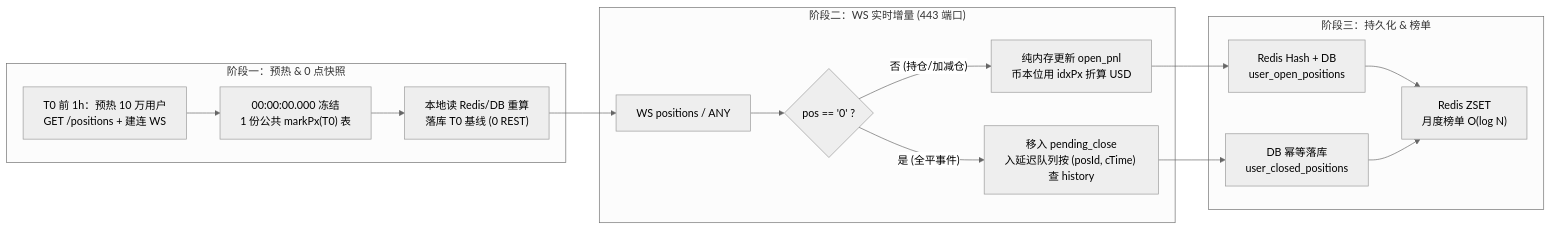
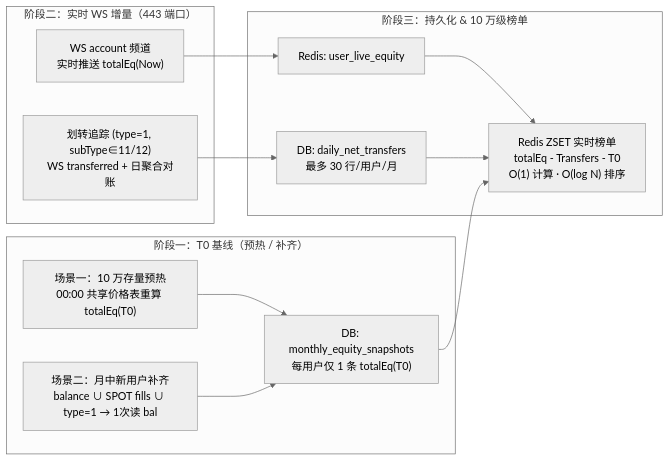
The diagram in REPORT.md (sydowma/okx-pnl-verifier), drawn with Mermaid (neutral theme) before and after one commit. The commit also changed other lines of this file and 1 other file, not shown here.

Commit message:
docs: promote Spot+Derivatives totalEq+WS account as sole primary architecture and collapse positions-only method into appendix

````diff
--- a/REPORT.md
+++ b/REPORT.md
@@ -152,25 +51,27 @@
 ```mermaid
 flowchart LR
-    subgraph S1["阶段一：预热 & 0 点快照"]
-        A["T0 前 1h：预热 10 万用户<br/>GET /positions + 建连 WS"] --> B["00:00:00.000 冻结<br/>1 份公共 markPx(T0) 表"]
-        B --> C["本地读 Redis/DB 重算<br/>落库 T0 基线 (0 REST)"]
+    subgraph S1["阶段一：T0 基线（预热 / 补齐）"]
+        A["场景一：10 万存量预热<br/>00:00 共享价格表重算 totalEq(T0)"]
+        B["场景二：月中新用户补齐<br/>balance ∪ SPOT fills ∪ type=1 → 1次读 bal"]
+        C["DB: monthly_equity_snapshots<br/>每用户仅 1 条 totalEq(T0)"]
+        A --> C
+        B --> C
     end
 
-    subgraph S2["阶段二：WS 实时增量 (443 端口)"]
-        D["WS positions / ANY"] --> E{"pos == '0' ?"}
-        E -- "否 (持仓/加减仓)" --> F["纯内存更新 open_pnl<br/>币本位用 idxPx 折算 USD"]
-        E -- "是 (全平事件)" --> G["移入 pending_close<br/>入延迟队列按 (posId, cTime) 查 history"]
+    subgraph S2["阶段二：实时 WS 增量（443 端口）"]
+        D["WS account 频道<br/>实时推送 totalEq(Now)"]
+        E["划转追踪 (type=1, subType∈11/12)<br/>WS transferred + 日聚合对账"]
     end
 
-    subgraph S3["阶段三：持久化 & 榜单"]
-        H["Redis Hash + DB<br/>user_open_positions"]
-        I["DB 幂等落库<br/>user_closed_positions"]
-        J["Redis ZSET<br/>月度榜单 O(log N)"]
-        H --> J
-        I --> J
+    subgraph S3["阶段三：持久化 & 10 万级榜单"]
+        F["Redis: user_live_equity"]
+        G["DB: daily_net_transfers<br/>最多 30 行/用户/月"]
+        H["Redis ZSET 实时榜单<br/>totalEq - Transfers - T0<br/>O(1) 计算 · O(log N) 排序"]
+        F --> H
+        G --> H
     end
 
-    C --> D
-    F --> H
-    G --> I
+    C --> H
+    D --> F
+    E --> G
 ```
````
